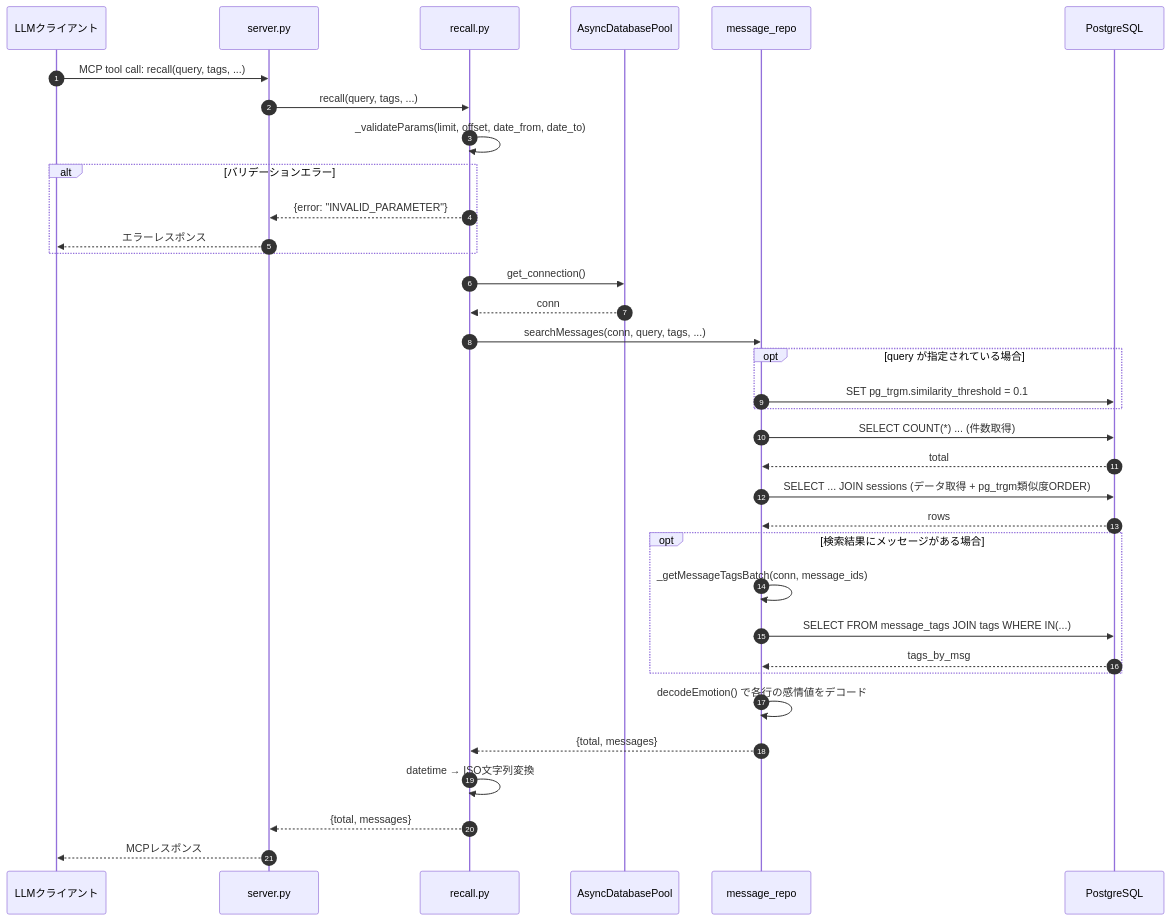
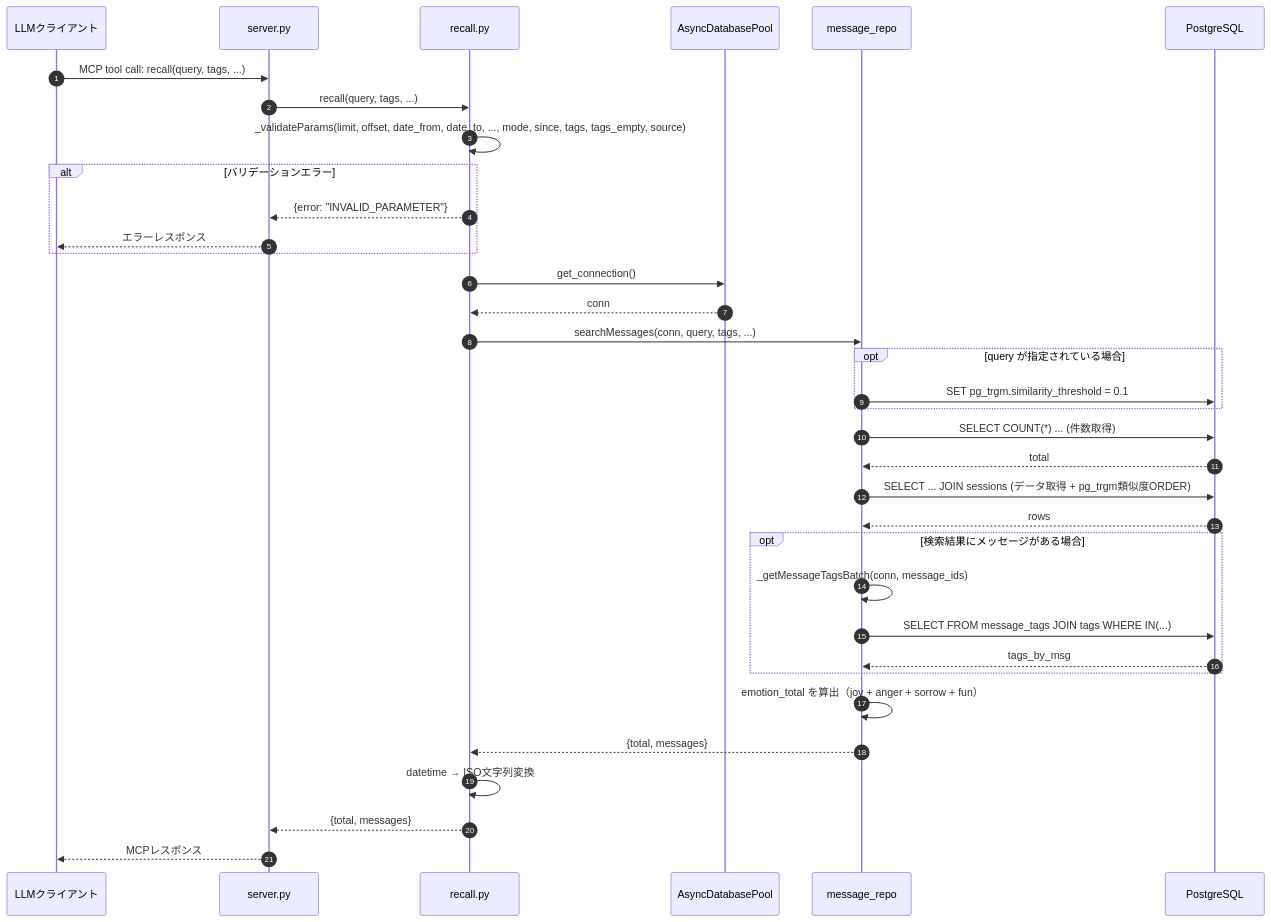
The second of 3 diagrams in docs/11_sequence_diagram.md (natosepia/lisanima), drawn with Mermaid before and after one commit. The commit also changed other lines of this file and 6 other files, not shown here.

````diff
--- a/docs/11_sequence_diagram.md
+++ b/docs/11_sequence_diagram.md
@@ -88,47 +85,47 @@
 ```mermaid
 sequenceDiagram
     autonumber
     participant Client as LLMクライアント
     participant Server as server.py
     participant Recall as recall.py
     participant DB as AsyncDatabasePool
     participant MRepo as message_repo
     participant PG as PostgreSQL
 
     Client->>Server: MCP tool call: recall(query, tags, ...)
     Server->>Recall: recall(query, tags, ...)
 
-    Recall->>Recall: _validateParams(limit, offset, date_from, date_to)
+    Recall->>Recall: _validateParams(limit, offset, date_from, date_to, ..., mode, since, tags, tags_empty, source)
     alt バリデーションエラー
         Recall-->>Server: {error: "INVALID_PARAMETER"}
         Server-->>Client: エラーレスポンス
     end
 
     Recall->>DB: get_connection()
     DB-->>Recall: conn
 
     Recall->>MRepo: searchMessages(conn, query, tags, ...)
 
     opt query が指定されている場合
         MRepo->>PG: SET pg_trgm.similarity_threshold = 0.1
     end
 
     MRepo->>PG: SELECT COUNT(*) ... (件数取得)
     PG-->>MRepo: total
 
     MRepo->>PG: SELECT ... JOIN sessions (データ取得 + pg_trgm類似度ORDER)
     PG-->>MRepo: rows
 
     opt 検索結果にメッセージがある場合
         MRepo->>MRepo: _getMessageTagsBatch(conn, message_ids)
         MRepo->>PG: SELECT FROM message_tags JOIN tags WHERE IN(...)
         PG-->>MRepo: tags_by_msg
     end
 
-    MRepo->>MRepo: decodeEmotion() で各行の感情値をデコード
+    MRepo->>MRepo: emotion_total を算出（joy + anger + sorrow + fun）
     MRepo-->>Recall: {total, messages}
 
     Recall->>Recall: datetime → ISO文字列変換
     Recall-->>Server: {total, messages}
     Server-->>Client: MCPレスポンス
 ```
````
